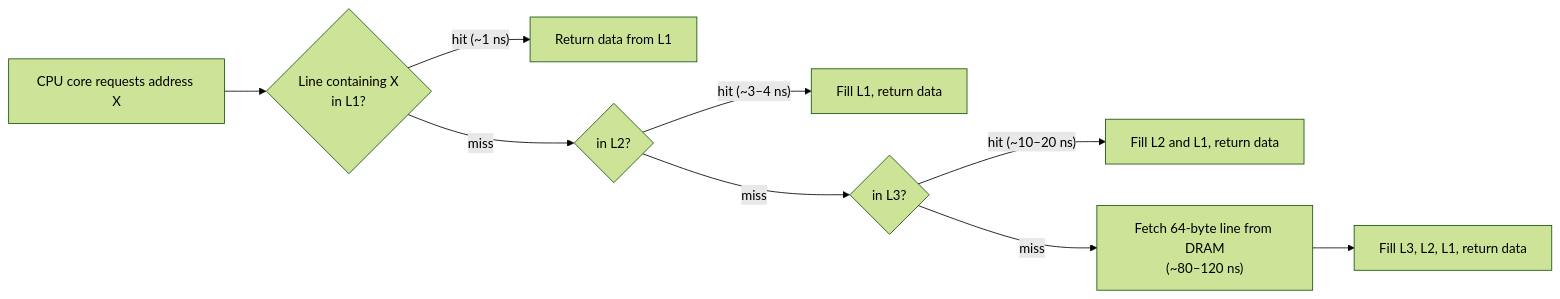
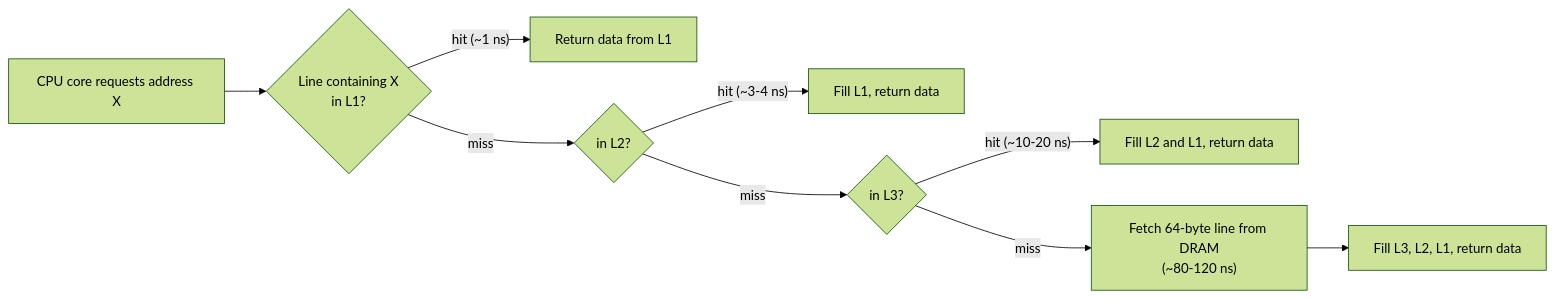
The third of 5 diagrams in 01 CS Fundamentals/Memory Hierarchy and CPU Caches.md (PriyanshuMidha/System_Design_notes), drawn with Mermaid (forest theme) before and after one commit. The commit also changed other lines of this file and 215 other files, not shown here.

````diff
--- a/01 CS Fundamentals/Memory Hierarchy and CPU Caches.md
+++ b/01 CS Fundamentals/Memory Hierarchy and CPU Caches.md
@@ -63,11 +97,11 @@
 ```mermaid
 flowchart LR
     A["CPU core requests address X"] --> B{"Line containing X\nin L1?"}
     B -- "hit (~1 ns)" --> C["Return data from L1"]
     B -- "miss" --> D{"in L2?"}
-    D -- "hit (~3–4 ns)" --> E["Fill L1, return data"]
+    D -- "hit (~3-4 ns)" --> E["Fill L1, return data"]
     D -- "miss" --> F{"in L3?"}
-    F -- "hit (~10–20 ns)" --> G["Fill L2 and L1, return data"]
-    F -- "miss" --> H["Fetch 64-byte line from DRAM\n(~80–120 ns)"]
+    F -- "hit (~10-20 ns)" --> G["Fill L2 and L1, return data"]
+    F -- "miss" --> H["Fetch 64-byte line from DRAM\n(~80-120 ns)"]
     H --> I["Fill L3, L2, L1, return data"]
 ```
````
